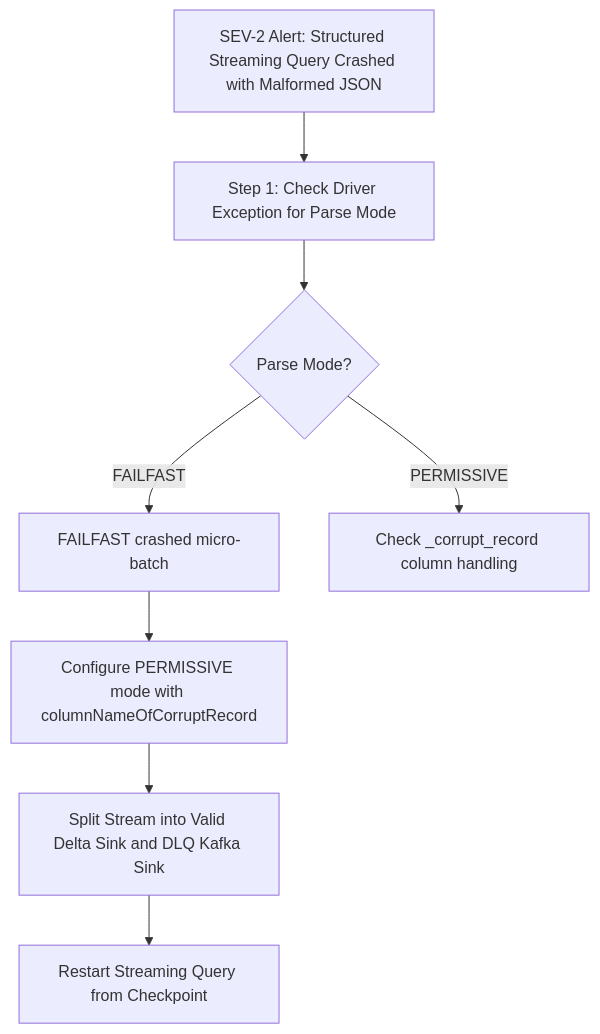
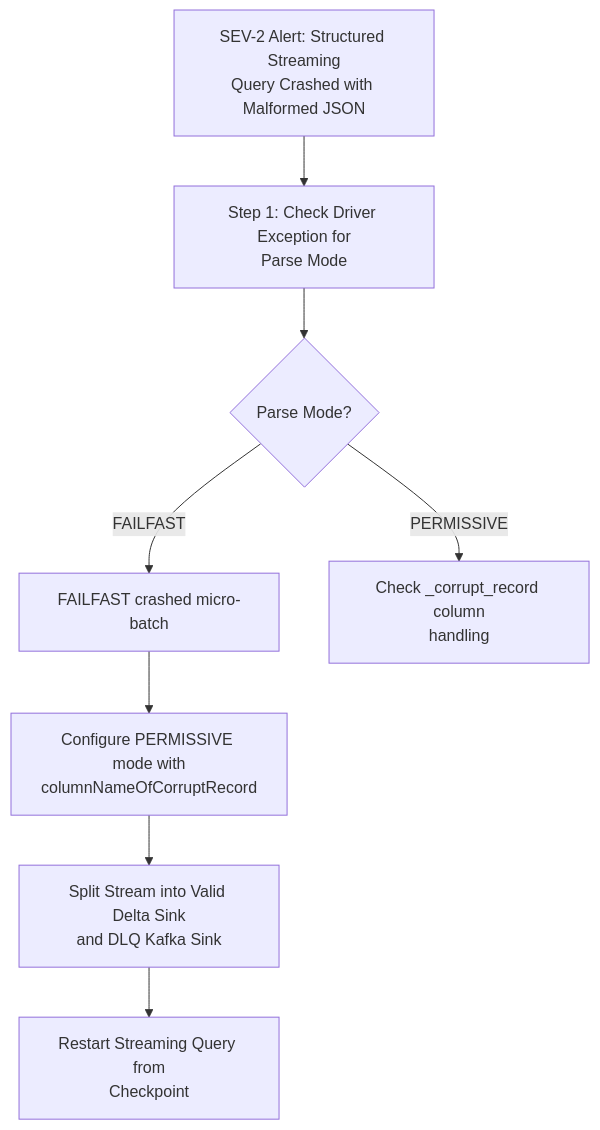
The diagram in runbooks/04_poison_pill_deserialization_dead_letter_queue.md (santoshjammi29/streaming-handbook), drawn with Mermaid before and after one commit. The commit also changed 11 other files, not shown here.

Commit message:
fix(diagrams): word-wrap labels and escape comparison operators across all diagrams

````diff
--- a/runbooks/04_poison_pill_deserialization_dead_letter_queue.md
+++ b/runbooks/04_poison_pill_deserialization_dead_letter_queue.md
@@ -12,12 +12,12 @@
 ```mermaid
 flowchart TD
-    Alert["SEV-2 Alert: Structured Streaming Query Crashed with Malformed JSON"] --> ParseError["Step 1: Check Driver Exception for Parse Mode"]
+    Alert["SEV-2 Alert: Structured Streaming<br/>Query Crashed with Malformed JSON"] --> ParseError["Step 1: Check Driver Exception for<br/>Parse Mode"]
     ParseError --> ModeCheck{"Parse Mode?"}
 
     ModeCheck -->|"FAILFAST"| CrashDetected["FAILFAST crashed micro-batch"]
-    ModeCheck -->|"PERMISSIVE"| PermissiveCheck["Check _corrupt_record column handling"]
+    ModeCheck -->|"PERMISSIVE"| PermissiveCheck["Check _corrupt_record column<br/>handling"]
 
-    CrashDetected --> ApplyPermissive["Configure PERMISSIVE mode with columnNameOfCorruptRecord"]
-    ApplyPermissive --> BranchStream["Split Stream into Valid Delta Sink and DLQ Kafka Sink"]
-    BranchStream --> ResumeQuery["Restart Streaming Query from Checkpoint"]
+    CrashDetected --> ApplyPermissive["Configure PERMISSIVE mode with<br/>columnNameOfCorruptRecord"]
+    ApplyPermissive --> BranchStream["Split Stream into Valid Delta Sink<br/>and DLQ Kafka Sink"]
+    BranchStream --> ResumeQuery["Restart Streaming Query from<br/>Checkpoint"]
 ```
````
